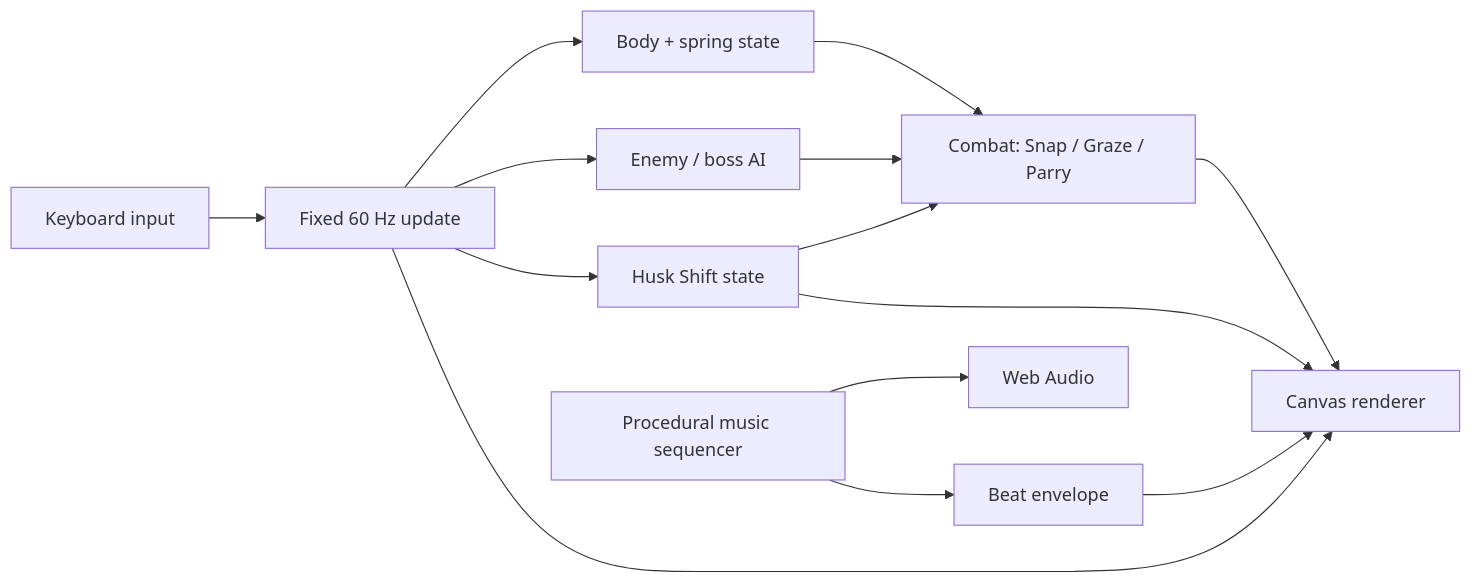
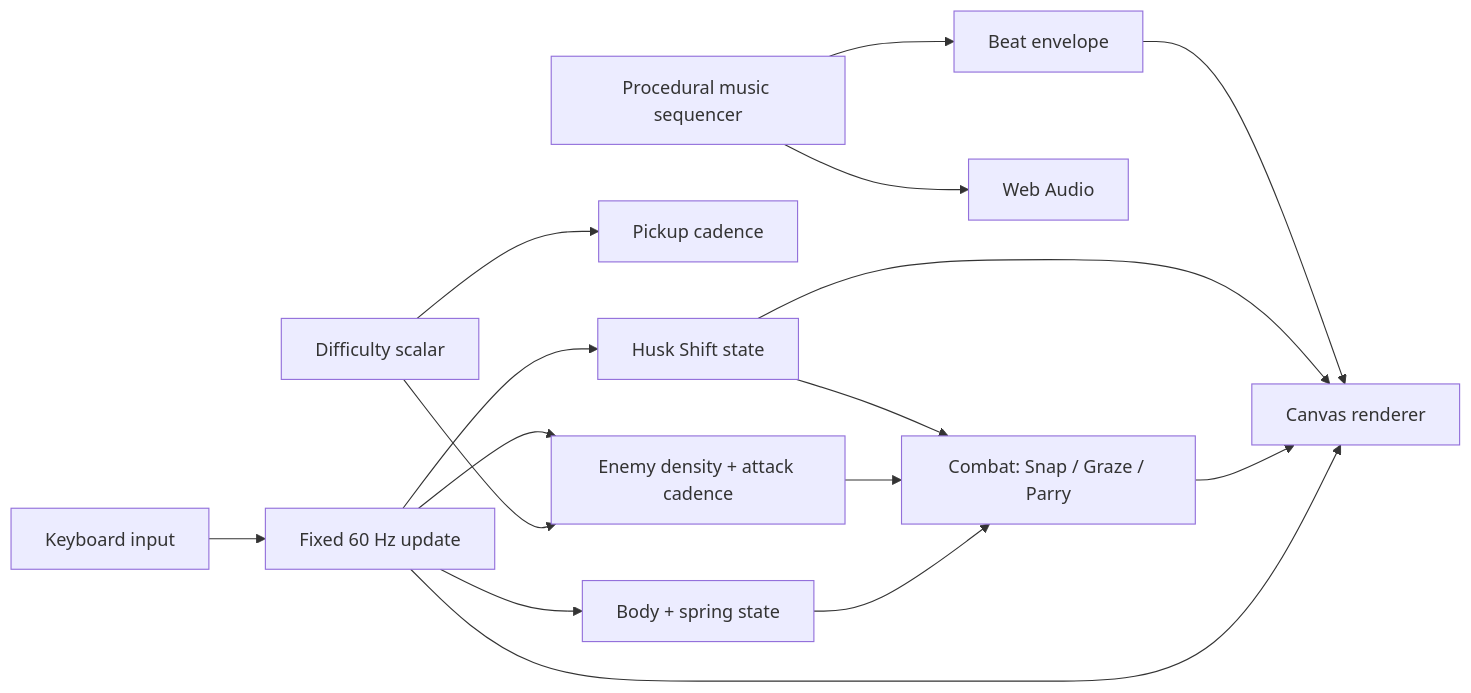
One commit to sidhulyalkar/stretchicorn changed the diagram in README.md. Above: the diagram before and after it, drawn with Mermaid. The commit also changed other lines of this file, not shown here.

Commit message:
Showcase four difficulty modes in README

````diff
--- a/README.md
+++ b/README.md
@@ -385,16 +421,18 @@
 ```mermaid
 flowchart LR
     I[Keyboard input] --> U[Fixed 60 Hz update]
+    D[Difficulty scalar] --> E[Enemy density + attack cadence]
+    D --> P[Pickup cadence]
     U --> S[Body + spring state]
-    U --> E[Enemy / boss AI]
+    U --> E
     U --> H[Husk Shift state]
     S --> C[Combat: Snap / Graze / Parry]
     E --> C
     H --> C
     U --> R[Canvas renderer]
     C --> R
     H --> R
     M[Procedural music sequencer] --> A[Web Audio]
     M --> B[Beat envelope]
     B --> R
 ```
````
